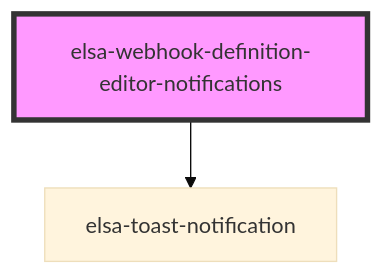
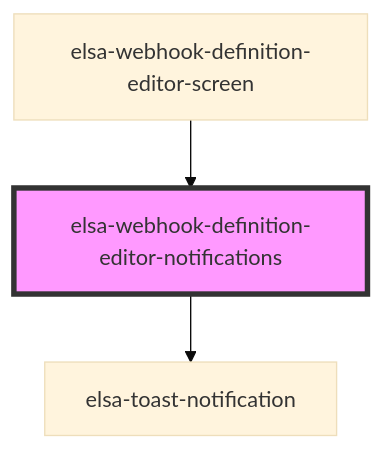
One commit to elsa-workflows/elsa-core changed the diagram in src/designer/elsa-workflows-studio/src/components/screens/webhook-definition-editor/elsa-webhook-definition-editor-notifications/readme.md. Above: the diagram before and after it, drawn with Mermaid (base theme). The commit also changed other lines of this file and 8 other files, not shown here.

````diff
--- a/src/designer/elsa-workflows-studio/src/components/screens/webhook-definition-editor/elsa-webhook-definition-editor-notifications/readme.md
+++ b/src/designer/elsa-workflows-studio/src/components/screens/webhook-definition-editor/elsa-webhook-definition-editor-notifications/readme.md
@@ -15,5 +19,6 @@
 ```mermaid
 graph TD;
   elsa-webhook-definition-editor-notifications --> elsa-toast-notification
+  elsa-webhook-definition-editor-screen --> elsa-webhook-definition-editor-notifications
   style elsa-webhook-definition-editor-notifications fill:#f9f,stroke:#333,stroke-width:4px
 ```
````
